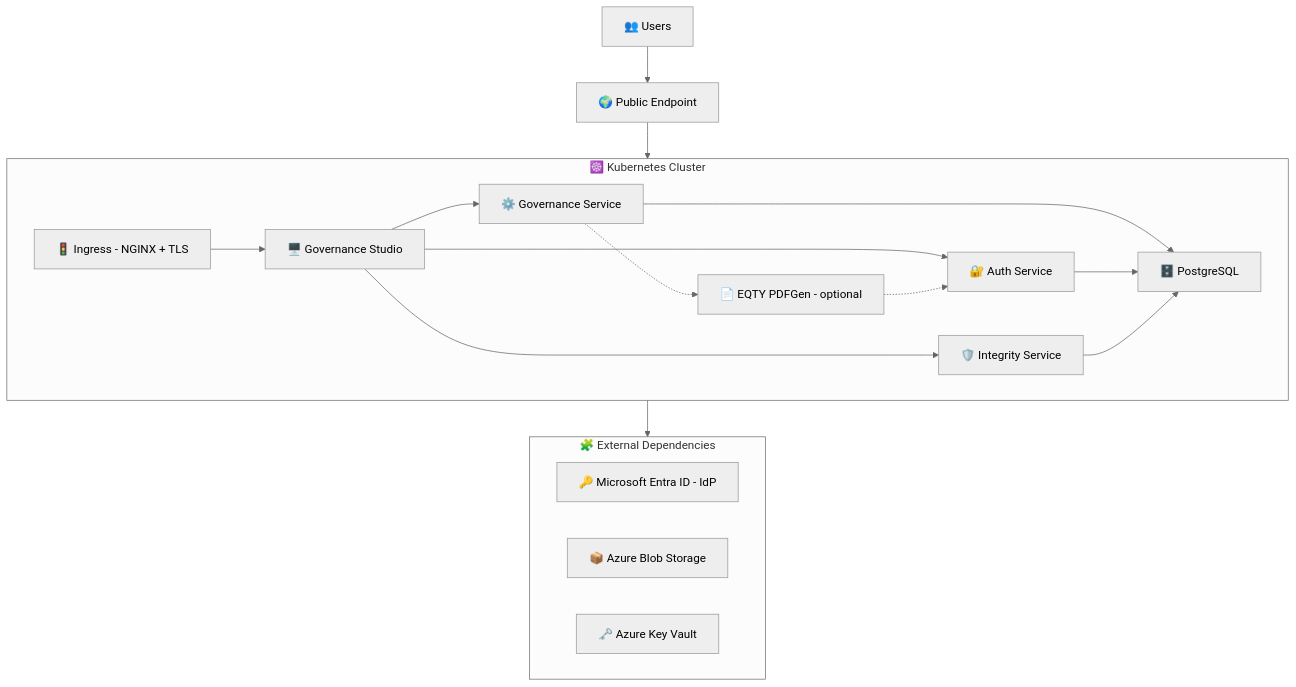
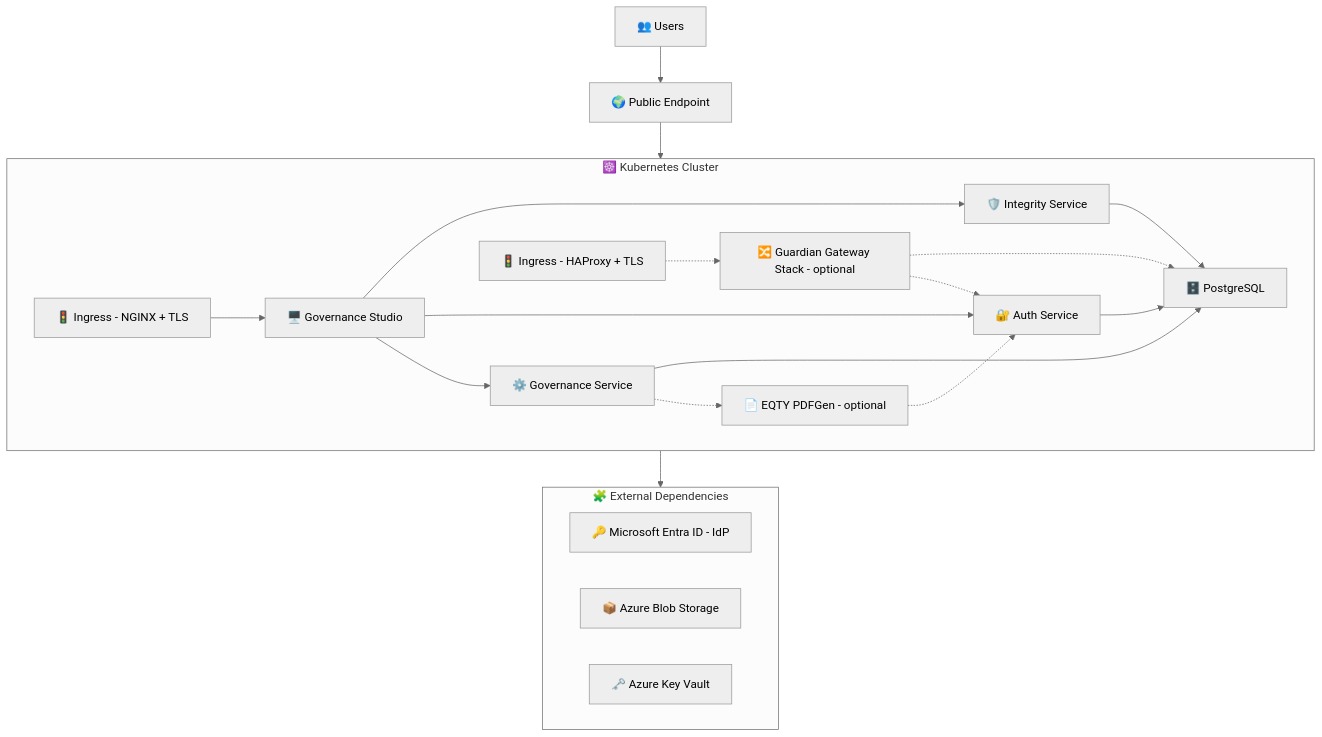
One commit to eqtylab/deployment changed the diagram in docs/entra/deployment-guide-azure.md. Above: the diagram before and after it, drawn with Mermaid (neutral theme). The commit also changed other lines of this file and 58 other files, not shown here.

````diff
--- a/docs/entra/deployment-guide-azure.md
+++ b/docs/entra/deployment-guide-azure.md
@@ -29,29 +29,33 @@
 ```mermaid
 flowchart TD
 
   A[👥 Users] --> PE[🌍 Public Endpoint]
   PE --> K8s
 
   subgraph K8s[☸️ Kubernetes Cluster]
     I[🚦 Ingress - NGINX + TLS] --> GS[🖥️ Governance Studio]
 
     GS --> GSV[⚙️ Governance Service]
     GS --> AUTH[🔐 Auth Service]
     GS --> INT[🛡️ Integrity Service]
 
     GSV -.-> PDF[📄 EQTY PDFGen - optional]
     PDF -.-> AUTH
 
+    GWI[🚦 Ingress - HAProxy + TLS] -.-> GW[🔀 Guardian Gateway Stack - optional]
+    GW -.-> AUTH
+    GW -.-> DB
+
     GSV --> DB[🗄️ PostgreSQL]
     AUTH --> DB
     INT --> DB
   end
 
   subgraph EXT[🧩 External Dependencies]
     ENTRA[🔑 Microsoft Entra ID - IdP]
     OS[📦 Azure Blob Storage]
     KM[🗝️ Azure Key Vault]
   end
 
   K8s --> EXT
 ```
````
